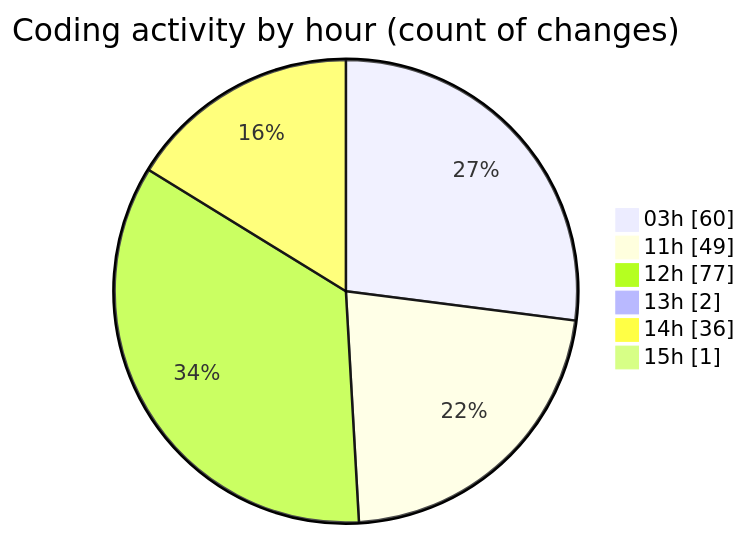
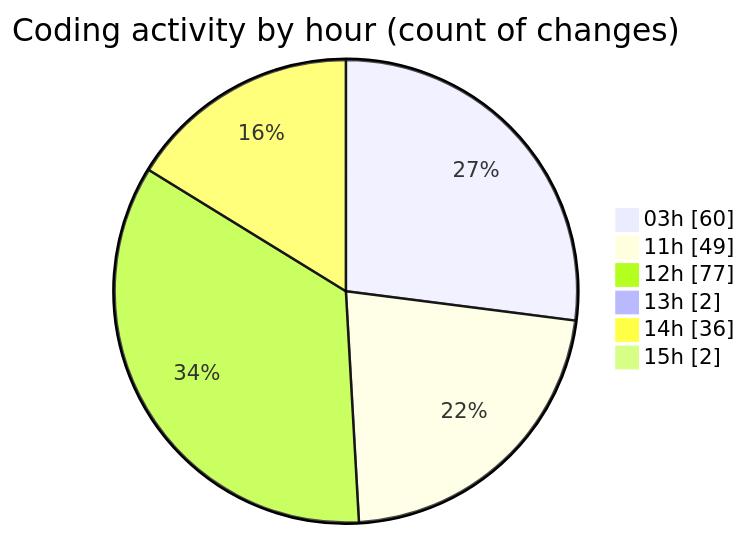
The second of 2 diagrams in 2025-07-02/mern-thinkboard/README.md (Ritupan-Deka/code-tracking), drawn with Mermaid before and after one commit. The commit also changed other lines of this file and 1 other file, not shown here.

````diff
--- a/2025-07-02/mern-thinkboard/README.md
+++ b/2025-07-02/mern-thinkboard/README.md
@@ -38,10 +39,10 @@
 ```mermaid
 pie showData
 title Coding activity by hour (count of changes)
 "03h" : 60
 "11h" : 49
 "12h" : 77
 "13h" : 2
 "14h" : 36
-"15h" : 1
+"15h" : 2
 ```
````
